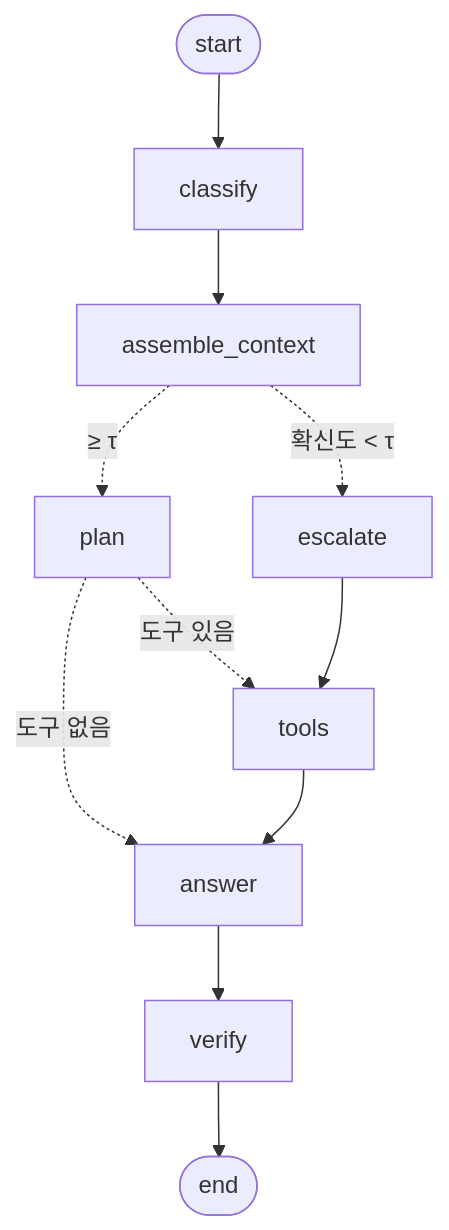
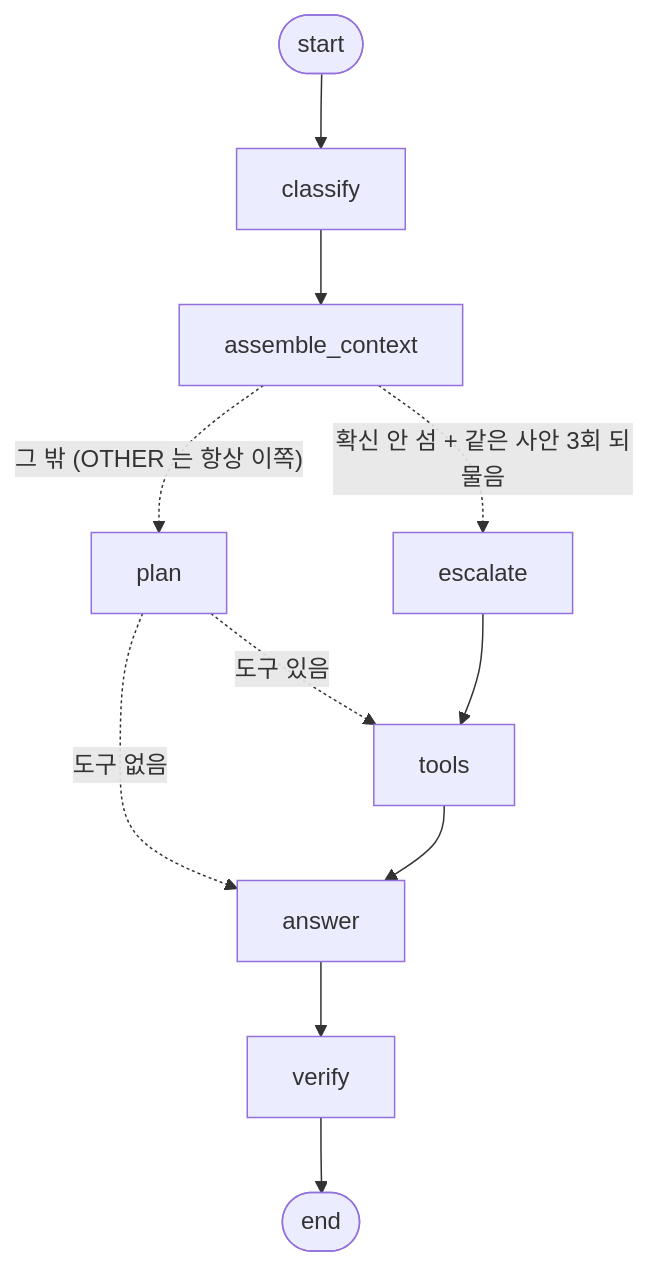
The first of 2 diagrams in REPORT.md (hey-byeunya/my-routing-agent), drawn with Mermaid before and after one commit. The commit also changed other lines of this file and 5 other files, not shown here.

````diff
--- a/REPORT.md
+++ b/REPORT.md
@@ -238,13 +239,13 @@
 ```mermaid
 graph TD;
 	__start__([start]) --> classify
 	classify --> assemble_context
-	assemble_context -. "확신도 < τ" .-> escalate
-	assemble_context -. "≥ τ" .-> plan
+	assemble_context -. "확신 안 섬 + 같은 사안 3회 되물음" .-> escalate
+	assemble_context -. "그 밖 (OTHER 는 항상 이쪽)" .-> plan
 	plan -. "도구 있음" .-> tools
 	plan -. "도구 없음" .-> answer
 	escalate --> tools
 	tools --> answer
 	answer --> verify
 	verify --> __end__([end])
 ```
````
